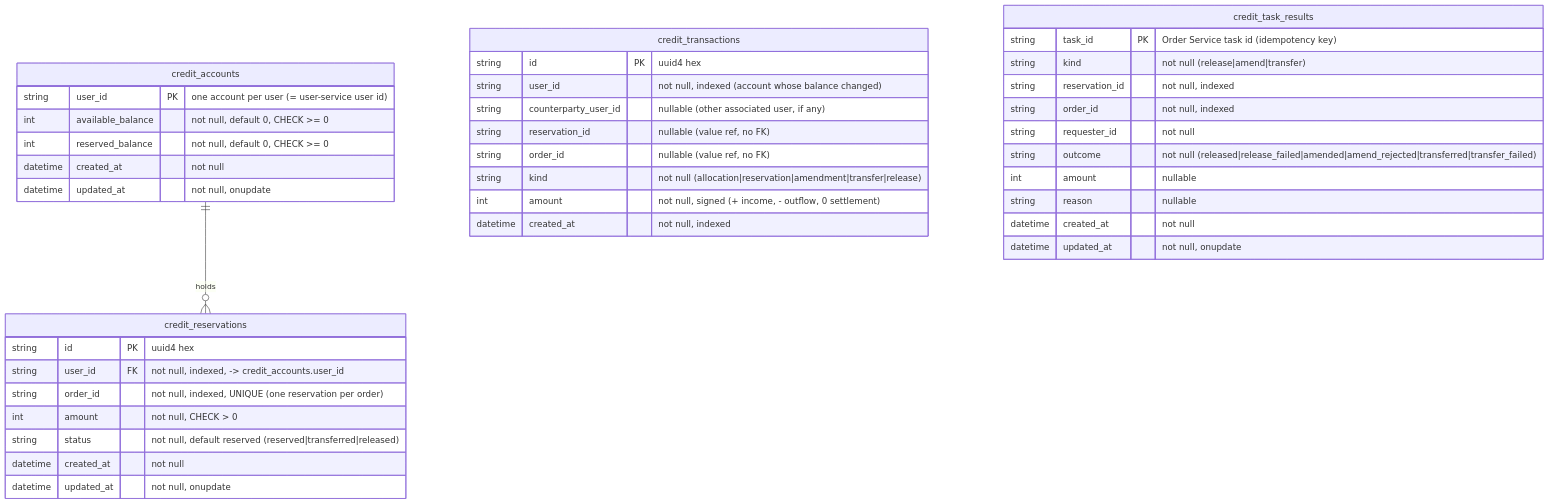
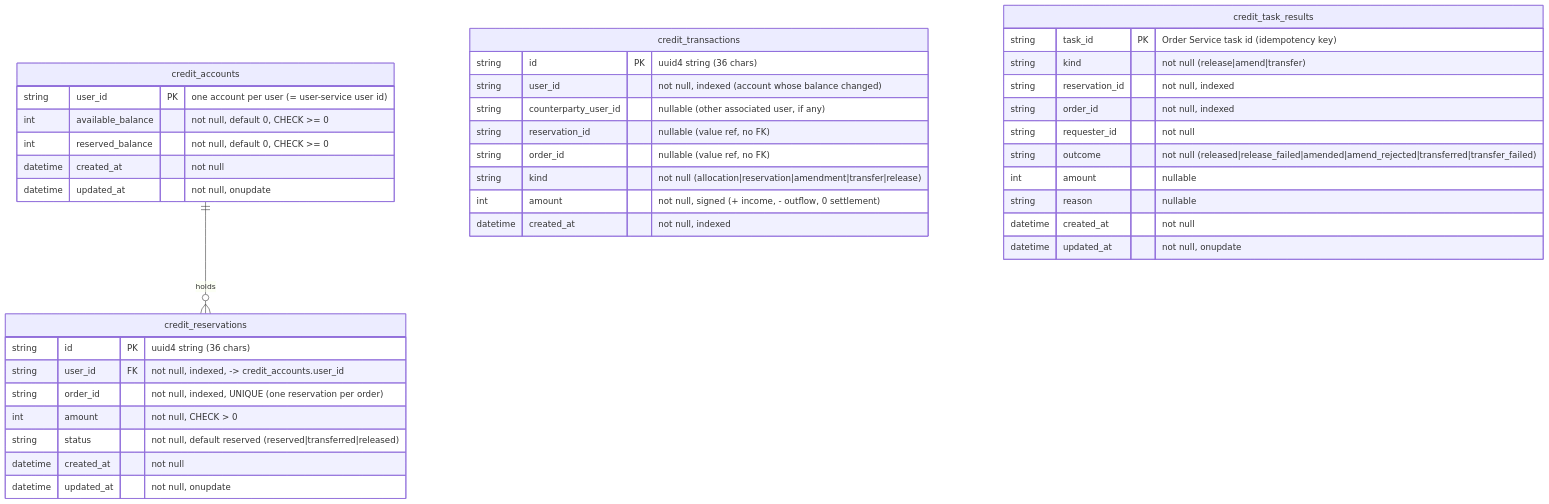
Before and after one commit to CS3219-AY2627S1/FoC-Template: the first of 2 diagrams in credit-service/docs/data-model.md, drawn with Mermaid. The commit also changed 26 other files, not shown here.

First line of the commit message:
docs: preserve in-progress doc edits and cluster diagram fix

````diff
--- a/credit-service/docs/data-model.md
+++ b/credit-service/docs/data-model.md
@@ -13,42 +13,42 @@
 ```mermaid
 erDiagram
     credit_accounts ||--o{ credit_reservations : "holds"
     credit_accounts {
         string   user_id          PK "one account per user (= user-service user id)"
         int      available_balance   "not null, default 0, CHECK >= 0"
         int      reserved_balance    "not null, default 0, CHECK >= 0"
         datetime created_at          "not null"
         datetime updated_at          "not null, onupdate"
     }
     credit_reservations {
-        string   id               PK "uuid4 hex"
+        string   id               PK "uuid4 string (36 chars)"
         string   user_id          FK "not null, indexed, -> credit_accounts.user_id"
         string   order_id            "not null, indexed, UNIQUE (one reservation per order)"
         int      amount              "not null, CHECK > 0"
         string   status              "not null, default reserved (reserved|transferred|released)"
         datetime created_at          "not null"
         datetime updated_at          "not null, onupdate"
     }
     credit_transactions {
-        string   id                   PK "uuid4 hex"
+        string   id                   PK "uuid4 string (36 chars)"
         string   user_id                 "not null, indexed (account whose balance changed)"
         string   counterparty_user_id    "nullable (other associated user, if any)"
         string   reservation_id          "nullable (value ref, no FK)"
         string   order_id                "nullable (value ref, no FK)"
         string   kind                    "not null (allocation|reservation|amendment|transfer|release)"
         int      amount                  "not null, signed (+ income, - outflow, 0 settlement)"
         datetime created_at              "not null, indexed"
     }
     credit_task_results {
         string   task_id          PK "Order Service task id (idempotency key)"
         string   kind                "not null (release|amend|transfer)"
         string   reservation_id      "not null, indexed"
         string   order_id            "not null, indexed"
         string   requester_id        "not null"
         string   outcome             "not null (released|release_failed|amended|amend_rejected|transferred|transfer_failed)"
         int      amount              "nullable"
         string   reason              "nullable"
         datetime created_at          "not null"
         datetime updated_at          "not null, onupdate"
     }
 ```
````
